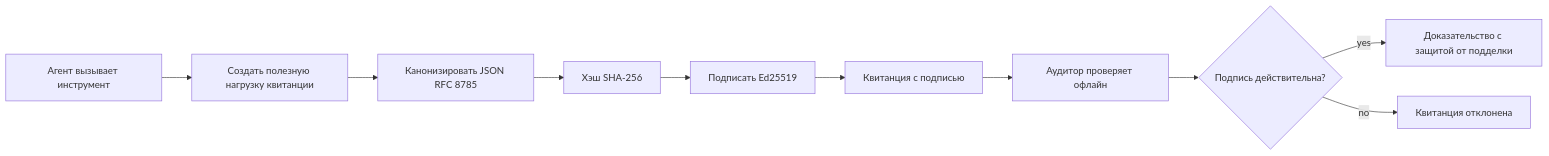
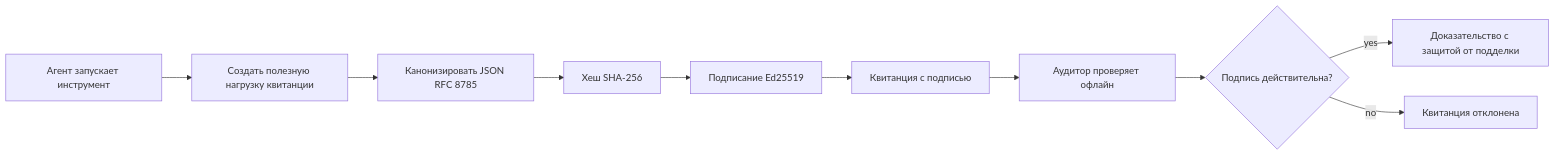
The first of 2 diagrams in mirrors/repos/microsoft@ai-agents-for-beginners/translations/ru/18-securing-ai-agents/README.md (gabrielmoreira/agent-skills-mirror), drawn with Mermaid before and after one commit. The commit also changed other lines of this file and 2285 other files, not shown here.

````diff
--- a/mirrors/repos/microsoft@ai-agents-for-beginners/translations/ru/18-securing-ai-agents/README.md
+++ b/mirrors/repos/microsoft@ai-agents-for-beginners/translations/ru/18-securing-ai-agents/README.md
@@ -51,12 +51,12 @@
 ```mermaid
 flowchart LR
-    A[Агент вызывает инструмент] --> B[Создать полезную нагрузку квитанции]
+    A[Агент запускает инструмент] --> B[Создать полезную нагрузку квитанции]
     B --> C[Канонизировать JSON RFC 8785]
-    C --> D[Хэш SHA-256]
-    D --> E[Подписать Ed25519]
+    C --> D[Хеш SHA-256]
+    D --> E[Подписание Ed25519]
     E --> F[Квитанция с подписью]
     F --> G[Аудитор проверяет офлайн]
     G --> H{Подпись действительна?}
     H -- yes --> I[Доказательство с защитой от подделки]
     H -- no --> J[Квитанция отклонена]
 ```
````
